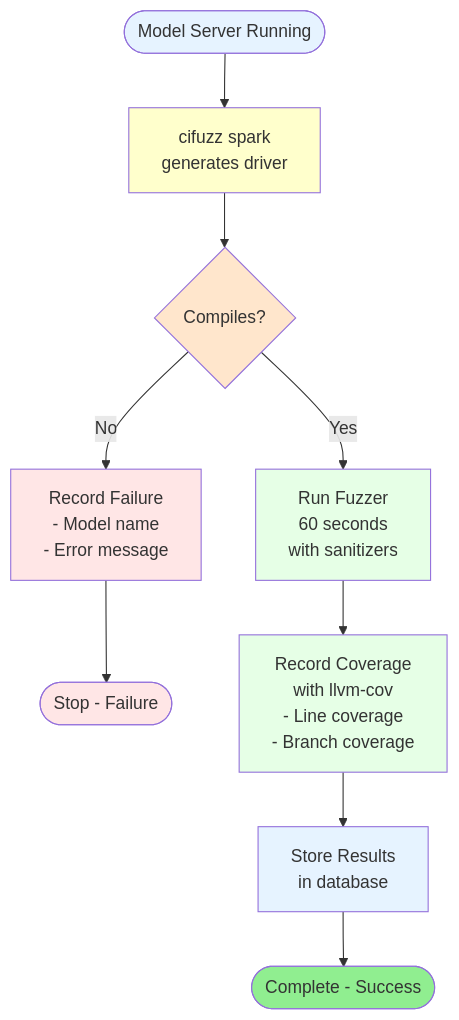
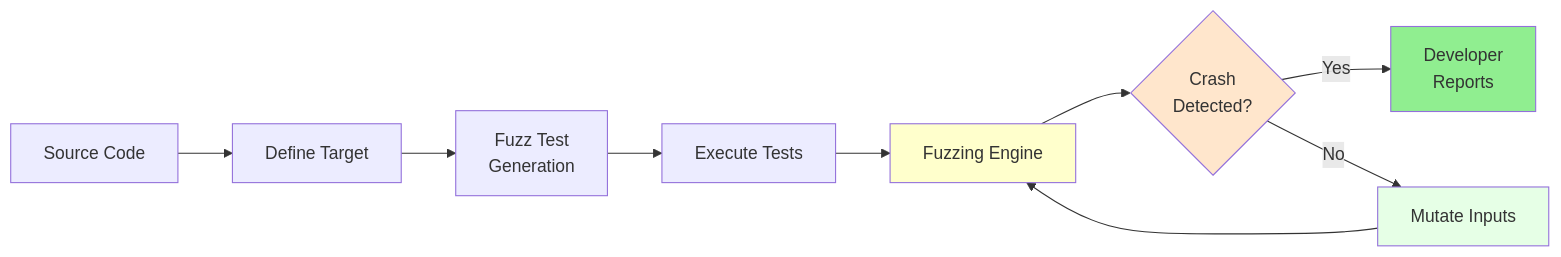
Before and after one commit to DARREN-2000/temporary: the second of 2 diagrams in Chapter_4_Implementation.md, drawn with Mermaid. The commit also changed other lines of this file and 1 other file, not shown here.

Commit message:
Update Figures 4.1 and 4.2 to match reference diagrams from Chapters 1-3

````diff
--- a/Chapter_4_Implementation.md
+++ b/Chapter_4_Implementation.md
@@ -197,31 +174,16 @@
 ```mermaid
-flowchart TD
-    Start([Model Server Running])
-    Generate[cifuzz spark<br/>generates driver]
-    Compile{Compiles?}
-    RecordFail[Record Failure<br/>- Model name<br/>- Error message]
-    StopFail([Stop - Failure])
-    RunFuzz[Run Fuzzer<br/>60 seconds<br/>with sanitizers]
-    Coverage[Record Coverage<br/>with llvm-cov<br/>- Line coverage<br/>- Branch coverage]
-    Store[Store Results<br/>in database]
-    End([Complete - Success])
+flowchart LR
+    SourceCode[Source Code] --> DefineTarget[Define Target]
+    DefineTarget --> FuzzTestGen[Fuzz Test<br/>Generation]
+    FuzzTestGen --> ExecuteTests[Execute Tests]
+    ExecuteTests --> FuzzEngine[Fuzzing Engine]
+    FuzzEngine --> CrashDetected{Crash<br/>Detected?}
+    CrashDetected -->|Yes| Developer[Developer<br/>Reports]
+    CrashDetected -->|No| MutateInputs[Mutate Inputs]
+    MutateInputs --> FuzzEngine
     
-    Start --> Generate
-    Generate --> Compile
-    Compile -->|No| RecordFail
-    RecordFail --> StopFail
-    Compile -->|Yes| RunFuzz
-    RunFuzz --> Coverage
-    Coverage --> Store
-    Store --> End
-    
-    style Start fill:#E6F3FF
-    style Generate fill:#FFFFCC
-    style Compile fill:#FFE6CC
-    style RecordFail fill:#FFE6E6
-    style StopFail fill:#FFE6E6
-    style RunFuzz fill:#E6FFE6
-    style Coverage fill:#E6FFE6
-    style Store fill:#E6F3FF
-    style End fill:#90EE90
+    style FuzzEngine fill:#FFFFCC
+    style CrashDetected fill:#FFE6CC
+    style Developer fill:#90EE90
+    style MutateInputs fill:#E6FFE6
 ```
````
